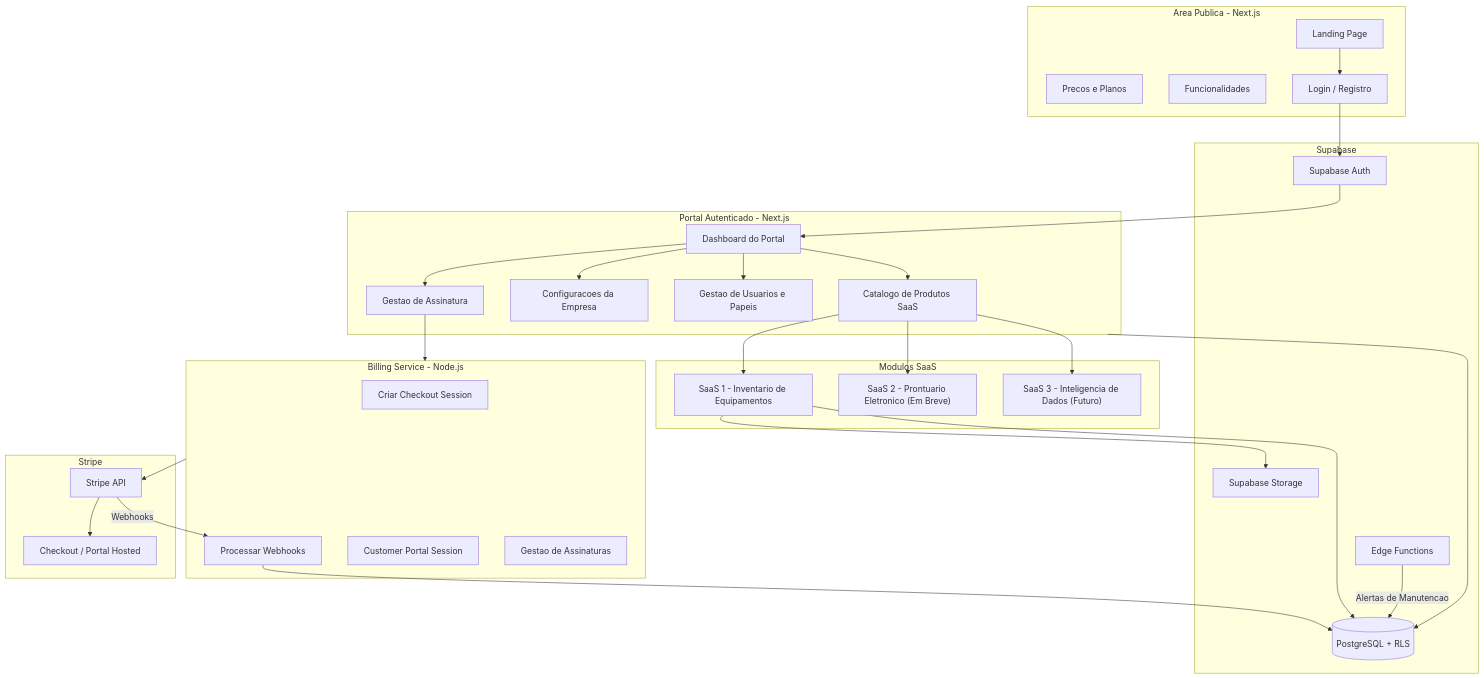
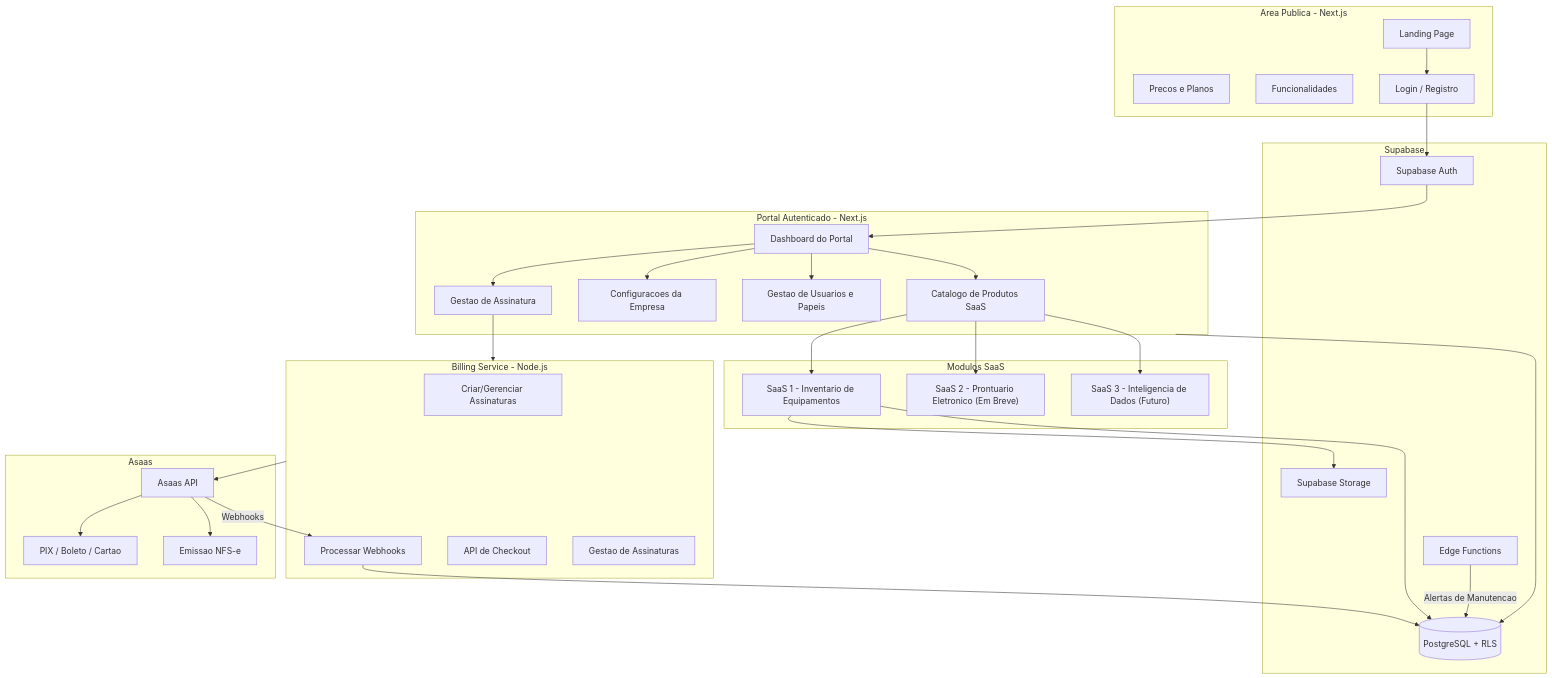
Before and after one commit to andreassichaves/baseMedicalSaas: the first of 7 diagrams in ARCHITECTURE.md, drawn with Mermaid. The commit also changed other lines of this file and 32 other files, not shown here.

````diff
--- a/ARCHITECTURE.md
+++ b/ARCHITECTURE.md
@@ -5,64 +5,66 @@
 ```mermaid
 graph TB
     subgraph publicWeb [Area Publica - Next.js]
         Landing[Landing Page]
         PricingPage[Precos e Planos]
         FeaturesPage[Funcionalidades]
         AuthPages[Login / Registro]
     end
 
     subgraph portalWeb [Portal Autenticado - Next.js]
         Dashboard[Dashboard do Portal]
         Catalog["Catalogo de Produtos SaaS"]
         OrgSettings[Configuracoes da Empresa]
         UserMgmt[Gestao de Usuarios e Papeis]
         BillingPage[Gestao de Assinatura]
     end
 
     subgraph saasModules [Modulos SaaS]
         Equip[SaaS 1 - Inventario de Equipamentos]
         PEP["SaaS 2 - Prontuario Eletronico (Em Breve)"]
         DataAI["SaaS 3 - Inteligencia de Dados (Futuro)"]
     end
 
     subgraph billingService [Billing Service - Node.js]
-        StripeCheckout[Criar Checkout Session]
-        StripeWebhook[Processar Webhooks]
-        StripePortal[Customer Portal Session]
+        AsaasSubscription[Criar/Gerenciar Assinaturas]
+        AsaasWebhook[Processar Webhooks]
+        CheckoutAPI[API de Checkout]
         SubMgmt[Gestao de Assinaturas]
     end
 
     subgraph supabaseLayer [Supabase]
         Auth[Supabase Auth]
         DB[(PostgreSQL + RLS)]
         Storage[Supabase Storage]
         EdgeFn[Edge Functions]
     end
 
-    subgraph stripeLayer [Stripe]
-        StripeAPI[Stripe API]
-        StripeHosted[Checkout / Portal Hosted]
+    subgraph asaasLayer [Asaas]
+        AsaasAPI[Asaas API]
+        PaymentMethods[PIX / Boleto / Cartao]
+        NFSe[Emissao NFS-e]
     end
 
     Landing --> AuthPages
     AuthPages --> Auth
     Auth --> Dashboard
     Dashboard --> Catalog
     Catalog --> Equip
     Catalog --> PEP
     Catalog --> DataAI
     Dashboard --> OrgSettings
     Dashboard --> UserMgmt
     Dashboard --> BillingPage
 
     BillingPage --> billingService
-    billingService --> StripeAPI
-    StripeAPI --> StripeHosted
-    StripeAPI -->|Webhooks| StripeWebhook
-    StripeWebhook --> DB
+    billingService --> AsaasAPI
+    AsaasAPI --> PaymentMethods
+    AsaasAPI --> NFSe
+    AsaasAPI -->|Webhooks| AsaasWebhook
+    AsaasWebhook --> DB
 
     Equip --> DB
     Equip --> Storage
     portalWeb --> DB
     EdgeFn -->|Alertas de Manutencao| DB
 ```
````
